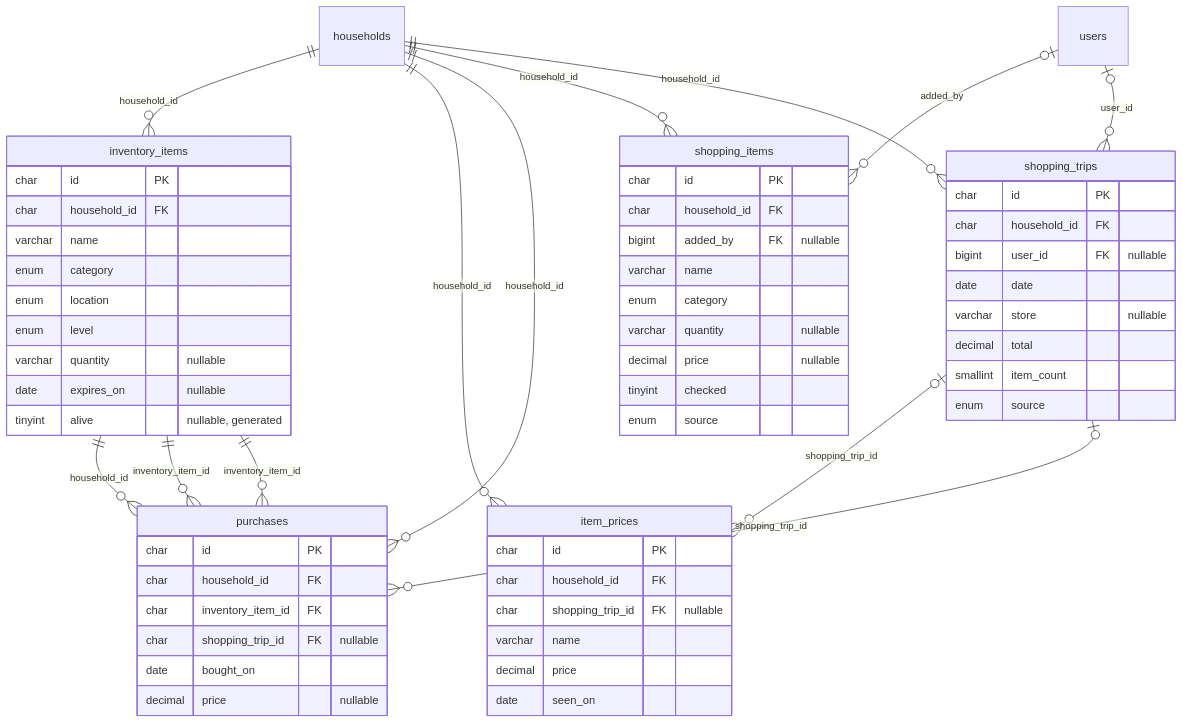
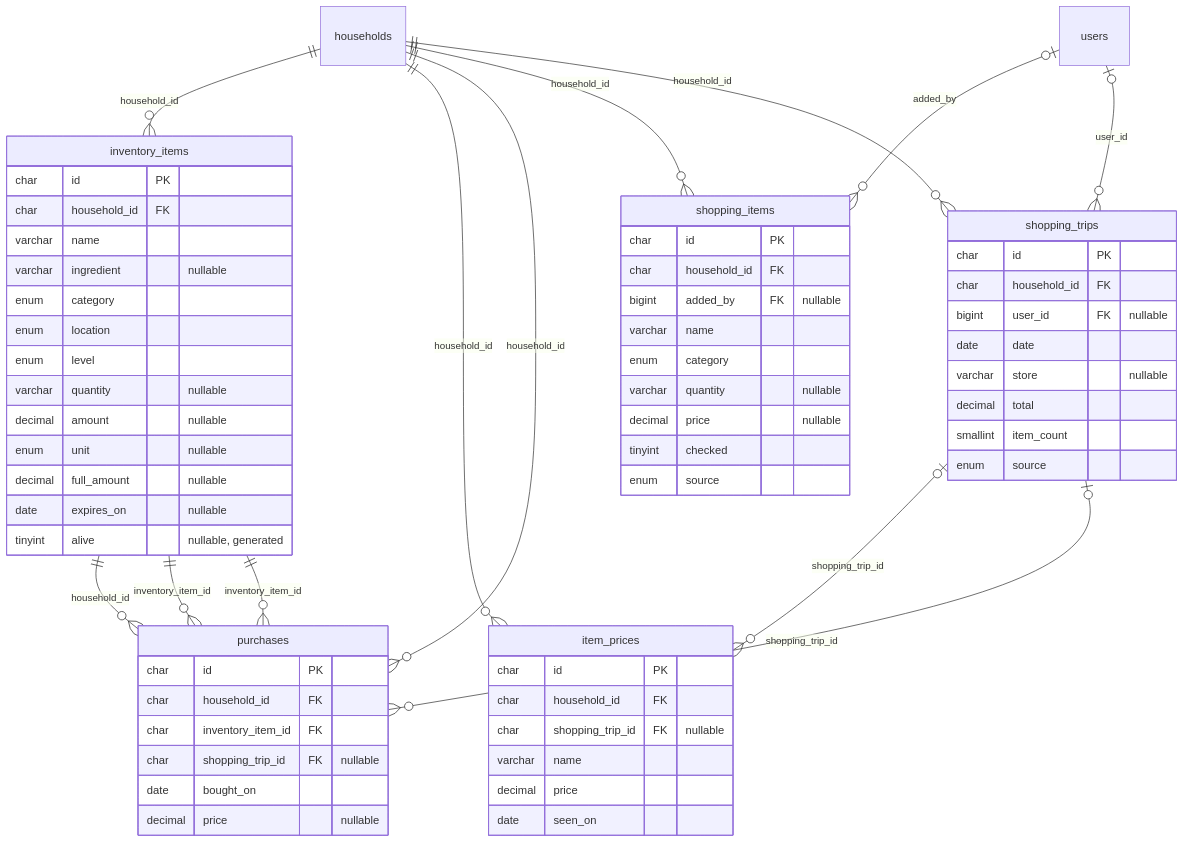
One commit to kgiannopoulou/home-helper-api changed the fourth of 13 diagrams in docs/database.md. Above: the diagram before and after it, drawn with Mermaid. The commit also changed 28 other files, not shown here.

````diff
--- a/docs/database.md
+++ b/docs/database.md
@@ -198,63 +198,67 @@
 ```mermaid
 erDiagram
     shopping_trips {
         char id PK
         char household_id FK
         bigint user_id FK "nullable"
         date date
         varchar store "nullable"
         decimal total
         smallint item_count
         enum source
     }
     shopping_items {
         char id PK
         char household_id FK
         bigint added_by FK "nullable"
         varchar name
         enum category
         varchar quantity "nullable"
         decimal price "nullable"
         tinyint checked
         enum source
     }
     item_prices {
         char id PK
         char household_id FK
         char shopping_trip_id FK "nullable"
         varchar name
         decimal price
         date seen_on
     }
     inventory_items {
         char id PK
         char household_id FK
         varchar name
+        varchar ingredient "nullable"
         enum category
         enum location
         enum level
         varchar quantity "nullable"
+        decimal amount "nullable"
+        enum unit "nullable"
+        decimal full_amount "nullable"
         date expires_on "nullable"
         tinyint alive "nullable, generated"
     }
     purchases {
         char id PK
         char household_id FK
         char inventory_item_id FK
         char shopping_trip_id FK "nullable"
         date bought_on
         decimal price "nullable"
     }
     households ||--o{ inventory_items : "household_id"
     households ||--o{ item_prices : "household_id"
     shopping_trips |o--o{ item_prices : "shopping_trip_id"
     households ||--o{ purchases : "household_id"
     inventory_items ||--o{ purchases : "household_id"
     inventory_items ||--o{ purchases : "inventory_item_id"
     inventory_items ||--o{ purchases : "inventory_item_id"
     shopping_trips |o--o{ purchases : "shopping_trip_id"
     users |o--o{ shopping_items : "added_by"
     households ||--o{ shopping_items : "household_id"
     households ||--o{ shopping_trips : "household_id"
     users |o--o{ shopping_trips : "user_id"
 ```
````
